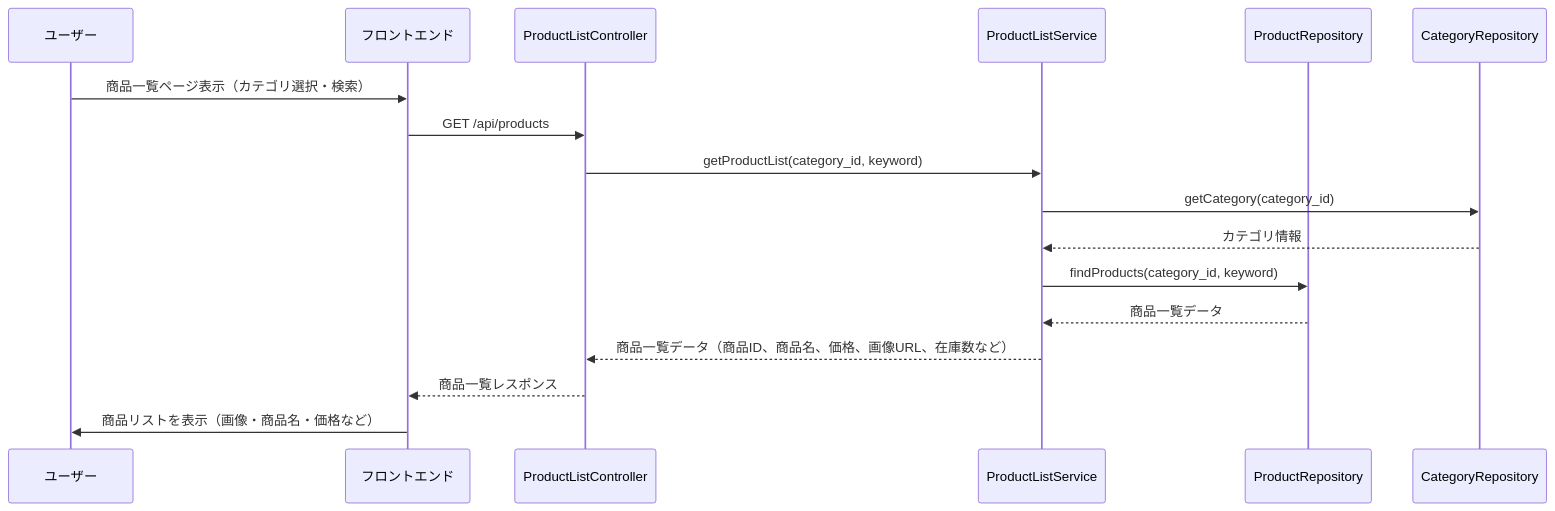
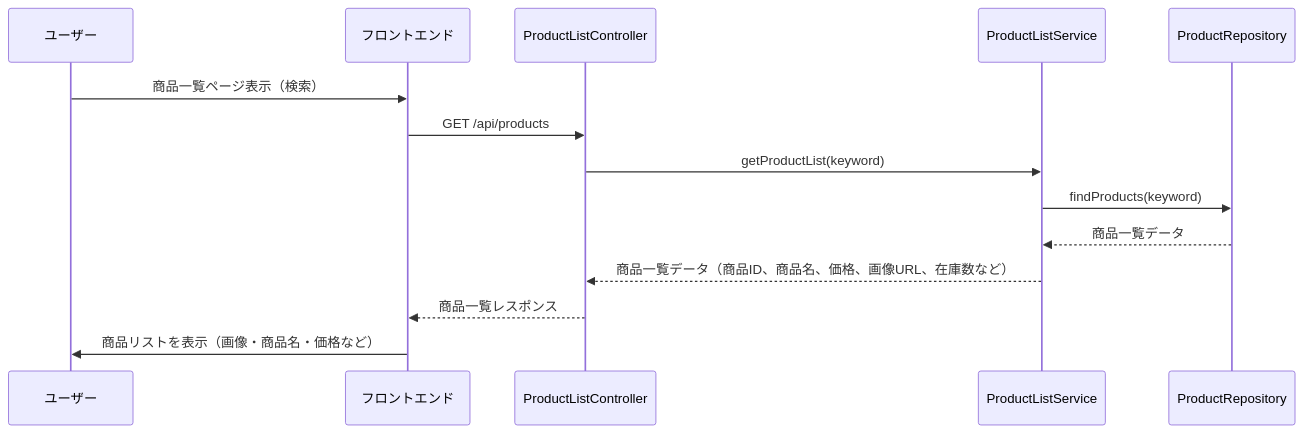
One commit to Aoi-Yaegashi/teamF changed the second of 37 diagrams in 詳細設計/担当B_村田/3.2 機能詳細.md. Above: the diagram before and after it, drawn with Mermaid. The commit also changed other lines of this file and 1 other file, not shown here.

```diff
--- a/詳細設計/担当B_村田/3.2 機能詳細.md
+++ b/詳細設計/担当B_村田/3.2 機能詳細.md
@@ -49,35 +39,30 @@
    <div class="mermaid">
    sequenceDiagram
     participant User as ユーザー
     participant FE as フロントエンド
     participant PLC as ProductListController
     participant PLS as ProductListService
     participant ProdRepo as ProductRepository
-    participant CatRepo as CategoryRepository
 
     %% ユーザーが商品一覧ページにアクセス（カテゴリ選択や検索）
-    User->>FE: 商品一覧ページ表示（カテゴリ選択・検索）
+    User->>FE: 商品一覧ページ表示（検索）
 
     %% フロントエンドがAPI呼び出し
     FE->>PLC: GET /api/products
 
     %% コントローラがサービスに処理を依頼
-    PLC->>PLS: getProductList(category_id, keyword)
-
-    %% サービスがカテゴリ情報を取得（カテゴリ名表示用、必要に応じて）
-    PLS->>CatRepo: getCategory(category_id)
-    CatRepo-->>PLS: カテゴリ情報
+    PLC->>PLS: getProductList(keyword)
 
     %% サービスが商品一覧を取得
-    PLS->>ProdRepo: findProducts(category_id, keyword)
+    PLS->>ProdRepo: findProducts(keyword)
     ProdRepo-->>PLS: 商品一覧データ
 
     %% サービスがデータを整形してコントローラに返却
     PLS-->>PLC: 商品一覧データ（商品ID、商品名、価格、画像URL、在庫数など）
 
     %% コントローラがフロントエンドにレスポンス
     PLC-->>FE: 商品一覧レスポンス
 
     %% フロントエンドが画面に反映
     FE->>User: 商品リストを表示（画像・商品名・価格など）
 </div>
```
